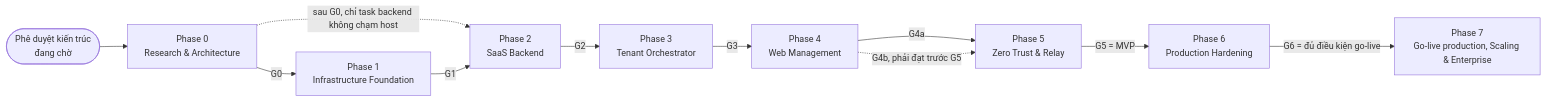
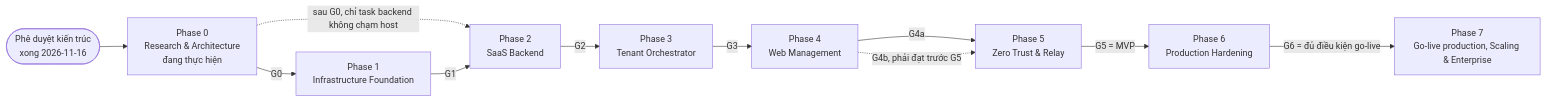
One commit to zhaduchanhzz/network-access-mesh changed the diagram in ROADMAP.md. Above: the diagram before and after it, drawn with Mermaid. The commit also changed other lines of this file and 63 other files, not shown here.

````diff
--- a/ROADMAP.md
+++ b/ROADMAP.md
@@ -33,13 +36,13 @@
 ```mermaid
 flowchart LR
-  A([Phê duyệt kiến trúc<br/>đang chờ]) --> P0[Phase 0<br/>Research & Architecture]
+  A([Phê duyệt kiến trúc<br/>xong 2026-11-16]) --> P0[Phase 0<br/>Research & Architecture<br/>đang thực hiện]
   P0 -->|G0| P1[Phase 1<br/>Infrastructure Foundation]
   P0 -. sau G0, chỉ task backend không chạm host .-> P2
   P1 -->|G1| P2[Phase 2<br/>SaaS Backend]
   P2 -->|G2| P3[Phase 3<br/>Tenant Orchestrator]
   P3 -->|G3| P4[Phase 4<br/>Web Management]
   P4 -->|G4a| P5[Phase 5<br/>Zero Trust & Relay]
   P4 -. G4b, phải đạt trước G5 .-> P5
   P5 -->|G5 = MVP| P6[Phase 6<br/>Production Hardening]
   P6 -->|G6 = đủ điều kiện go-live| P7[Phase 7<br/>Go-live production, Scaling & Enterprise]
 ```
````
